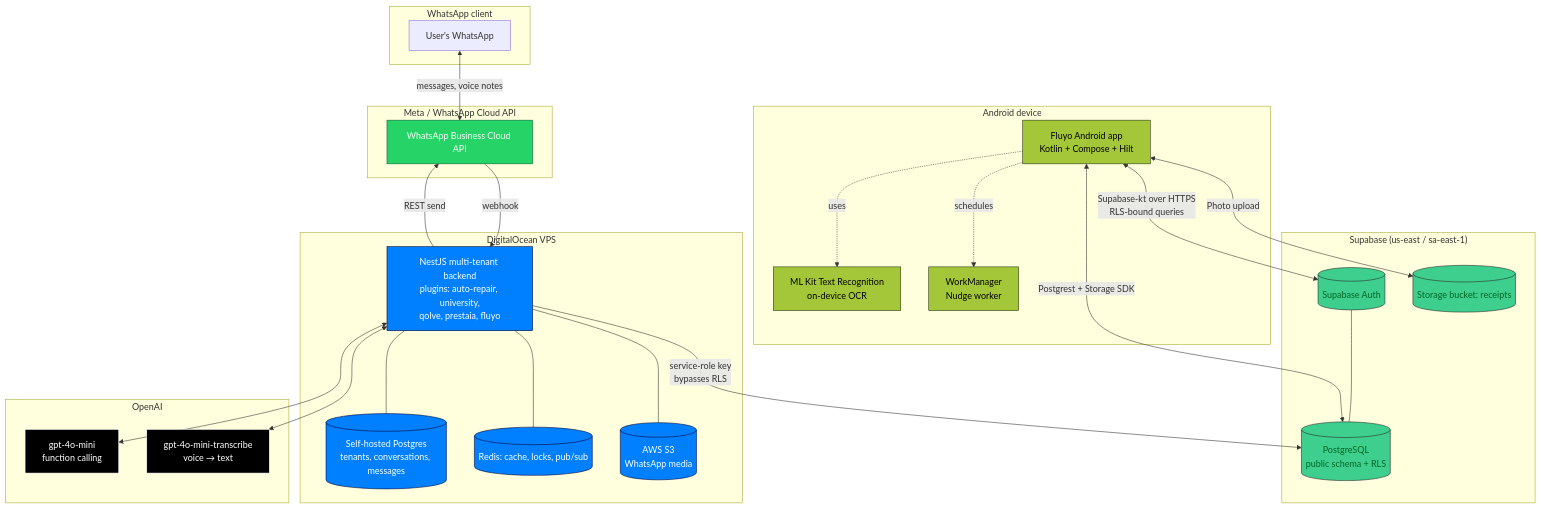
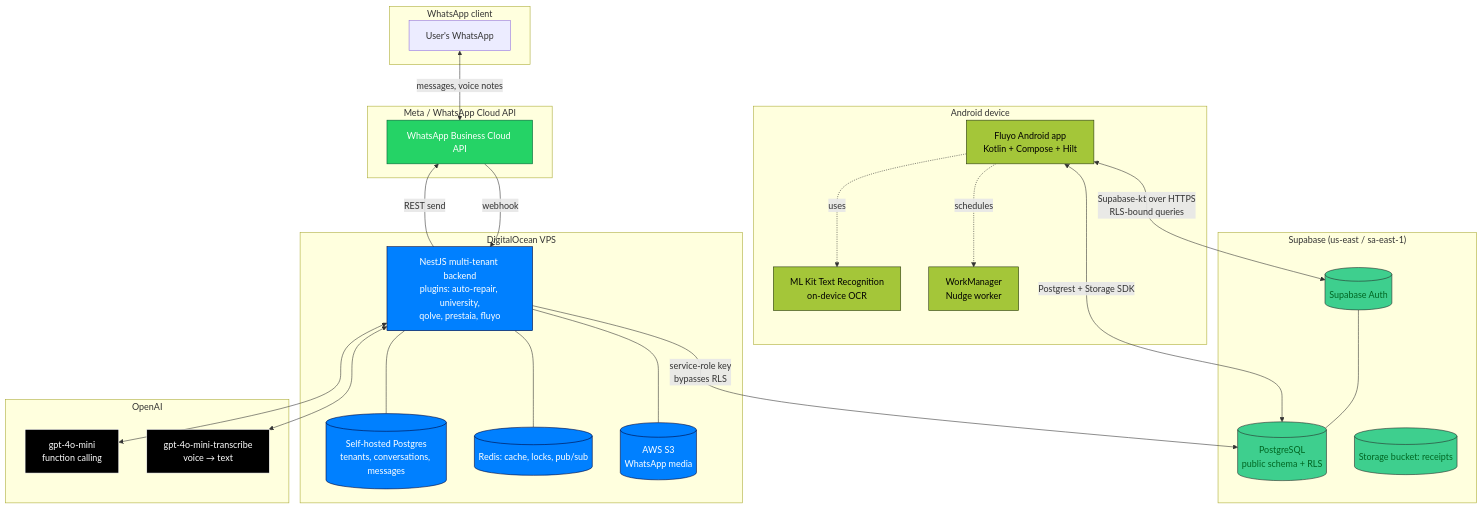
One commit to jeremyaldama/fluyo changed the first of 8 diagrams in SYSTEM_DESIGN.md. Above: the diagram before and after it, drawn with Mermaid. The commit also changed other lines of this file and 225 other files, not shown here.

````diff
--- a/SYSTEM_DESIGN.md
+++ b/SYSTEM_DESIGN.md
@@ -44,63 +46,61 @@
 ```mermaid
 flowchart TB
   subgraph Mobile["Android device"]
     APP[Fluyo Android app<br/>Kotlin + Compose + Hilt]
     MLKit[ML Kit Text Recognition<br/>on-device OCR]
     WM[WorkManager<br/>Nudge worker]
     APP -.uses.-> MLKit
     APP -.schedules.-> WM
   end
 
   subgraph WhatsApp["WhatsApp client"]
     WAUser[User's WhatsApp]
   end
 
   subgraph Cloud["Supabase (us-east / sa-east-1)"]
     Auth[(Supabase Auth)]
     PG[(PostgreSQL<br/>public schema + RLS)]
     Storage[(Storage bucket: receipts)]
     Auth --- PG
   end
 
   subgraph Meta["Meta / WhatsApp Cloud API"]
     WACAPI[WhatsApp Business Cloud API]
   end
 
   subgraph DO["DigitalOcean VPS"]
     NestJS[NestJS multi-tenant backend<br/>plugins: auto-repair, university,<br/>qolve, prestaia, fluyo]
     PGSelf[(Self-hosted Postgres<br/>tenants, conversations, messages)]
     Redis[(Redis: cache, locks, pub/sub)]
     S3[(AWS S3<br/>WhatsApp media)]
     NestJS --- PGSelf
     NestJS --- Redis
     NestJS --- S3
   end
 
   subgraph OpenAI["OpenAI"]
     GPT[gpt-4o-mini<br/>function calling]
     Whisper[gpt-4o-mini-transcribe<br/>voice → text]
   end
 
   APP <-->|Supabase-kt over HTTPS<br/>RLS-bound queries| Auth
   APP <-->|Postgrest + Storage SDK| PG
-  APP <-->|Photo upload| Storage
-
   WAUser <-->|messages, voice notes| WACAPI
   WACAPI -->|webhook| NestJS
   NestJS -->|REST send| WACAPI
 
   NestJS -->|service-role key<br/>bypasses RLS| PG
   NestJS <--> GPT
   NestJS <--> Whisper
 
   classDef supabase fill:#3ECF8E,stroke:#262626,color:#062
   classDef do fill:#0080FF,stroke:#003,color:#fff
   classDef openai fill:#000,stroke:#fff,color:#fff
   classDef meta fill:#25D366,stroke:#005c33,color:#fff
   classDef mobile fill:#A4C639,stroke:#23320e,color:#000
   class PG,Auth,Storage supabase
   class NestJS,PGSelf,Redis,S3 do
   class GPT,Whisper openai
   class WACAPI meta
   class APP,MLKit,WM mobile
 ```
````
